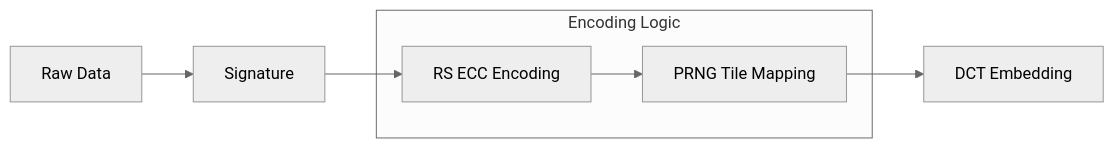
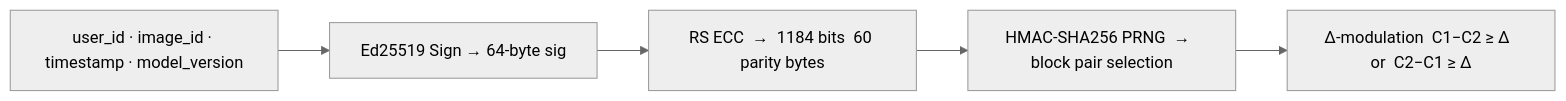
One commit to NeelakshSaxena/Mist changed the second of 2 diagrams in README.md. Above: the diagram before and after it, drawn with Mermaid (neutral theme). The commit also changed other lines of this file and 4 other files, not shown here.

````diff
--- a/README.md
+++ b/README.md
@@ -60,12 +58,7 @@
 ```mermaid
 graph LR
-    P[Raw Data] --> S[Signature]
-    S --> RS[RS ECC Encoding]
-    RS --> MAP[PRNG Tile Mapping]
-    MAP --> EMB[DCT Embedding]
-    
-    subgraph "Encoding Logic"
-    RS
-    MAP
-    end
+    P["user_id · image_id · timestamp · model_version"] --> S["Ed25519 Sign  →  64-byte sig"]
+    S --> RS["RS ECC  →  1184 bits  60 parity bytes"]
+    RS --> MAP["HMAC-SHA256 PRNG  →  block pair selection"]
+    MAP --> EMB["Δ-modulation  C1−C2 ≥ Δ  or  C2−C1 ≥ Δ"]
 ```
````
